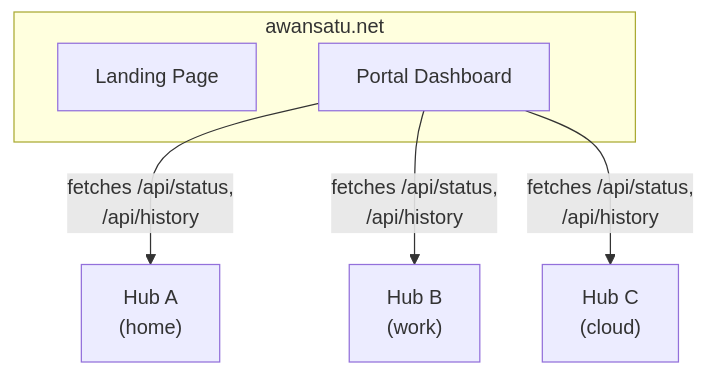
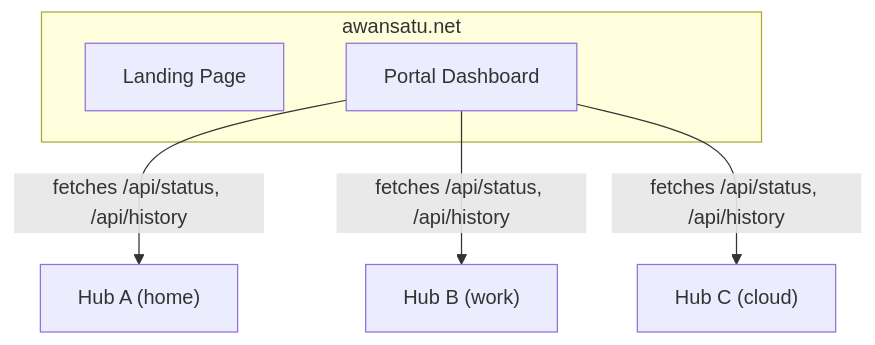
Before and after one commit to paulmooreparks/awansaya: the diagram in README.md, drawn with Mermaid. The commit also changed 6 other files, not shown here.

````diff
--- a/README.md
+++ b/README.md
@@ -14,15 +14,15 @@
 ```mermaid
 flowchart TB
   subgraph "awansatu.net"
     LP[Landing Page]
     PD[Portal Dashboard]
   end
 
-  PD -->|"fetches /api/status,\n/api/history"| HA
-  PD -->|"fetches /api/status,\n/api/history"| HB
-  PD -->|"fetches /api/status,\n/api/history"| HC
+  PD -->|"fetches /api/status, /api/history"| HA
+  PD -->|"fetches /api/status, /api/history"| HB
+  PD -->|"fetches /api/status, /api/history"| HC
 
-  HA["Hub A\n(home)"]
-  HB["Hub B\n(work)"]
-  HC["Hub C\n(cloud)"]
+  HA["Hub A (home)"]
+  HB["Hub B (work)"]
+  HC["Hub C (cloud)"]
 ```
````
